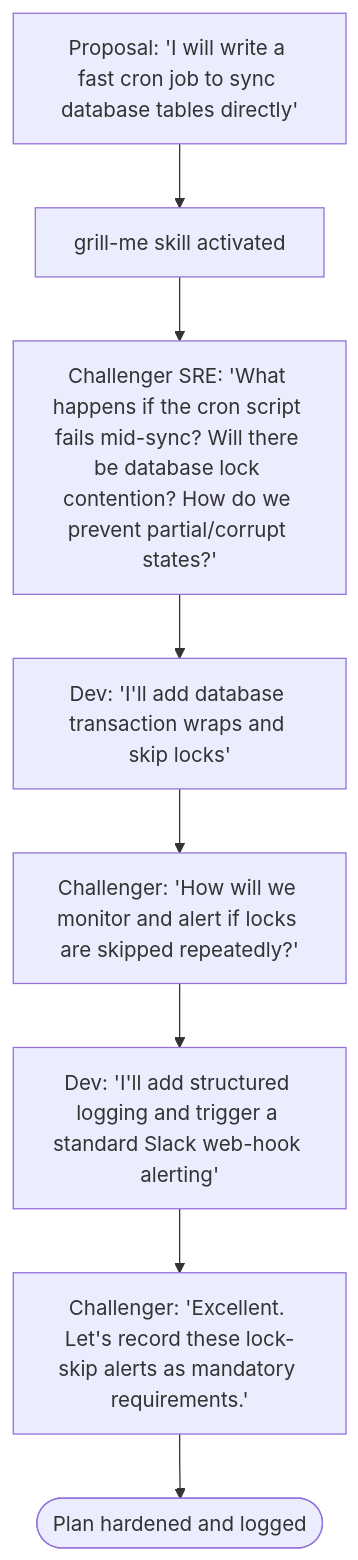
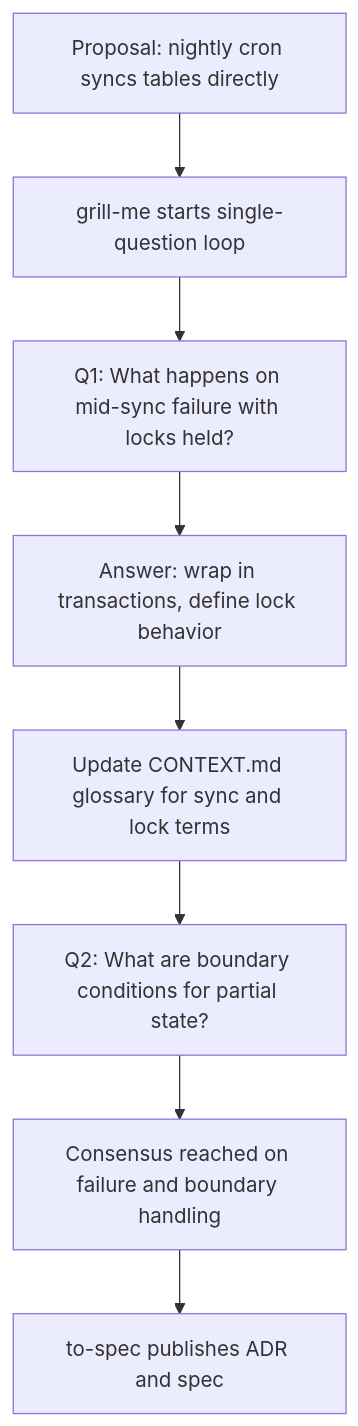
Before and after one commit to dyphn1/Harness-everything: the third of 3 diagrams in docs/workflows/grill-me.md, drawn with Mermaid. The commit also changed other lines of this file and 16 other files, not shown here.

````diff
--- a/docs/workflows/grill-me.md
+++ b/docs/workflows/grill-me.md
@@ -43,10 +37,10 @@
 ```mermaid
 graph TD
-  Start["Proposal: 'I will write a fast cron job to sync database tables directly'"] --> Trigger["grill-me skill activated"]
-  Trigger --> Challenger["Challenger SRE: 'What happens if the cron script fails mid-sync? Will there be database lock contention? How do we prevent partial/corrupt states?'"]
-  Challenger --> Answer1["Dev: 'I'll add database transaction wraps and skip locks'"]
-  Answer1 --> Challenger2["Challenger: 'How will we monitor and alert if locks are skipped repeatedly?'"]
-  Challenger2 --> Answer2["Dev: 'I'll add structured logging and trigger a standard Slack web-hook alerting'"]
-  Answer2 --> Approve["Challenger: 'Excellent. Let's record these lock-skip alerts as mandatory requirements.'"]
-  Approve --> Done([Plan hardened and logged])
+  CronProposal["Proposal: nightly cron syncs tables directly"] --> GrillStart["grill-me starts single-question loop"]
+  GrillStart --> Q1["Q1: What happens on mid-sync failure with locks held?"]
+  Q1 --> A1["Answer: wrap in transactions, define lock behavior"]
+  A1 --> Glossary1["Update CONTEXT.md glossary for sync and lock terms"]
+  Glossary1 --> Q2["Q2: What are boundary conditions for partial state?"]
+  Q2 --> Consensus["Consensus reached on failure and boundary handling"]
+  Consensus --> SpecHandoff["to-spec publishes ADR and spec"]
 ```
````
